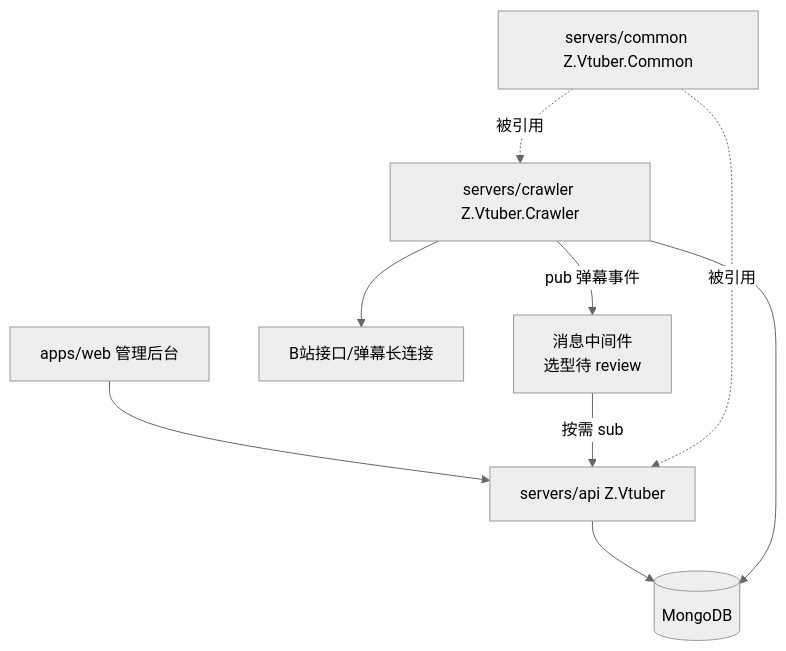
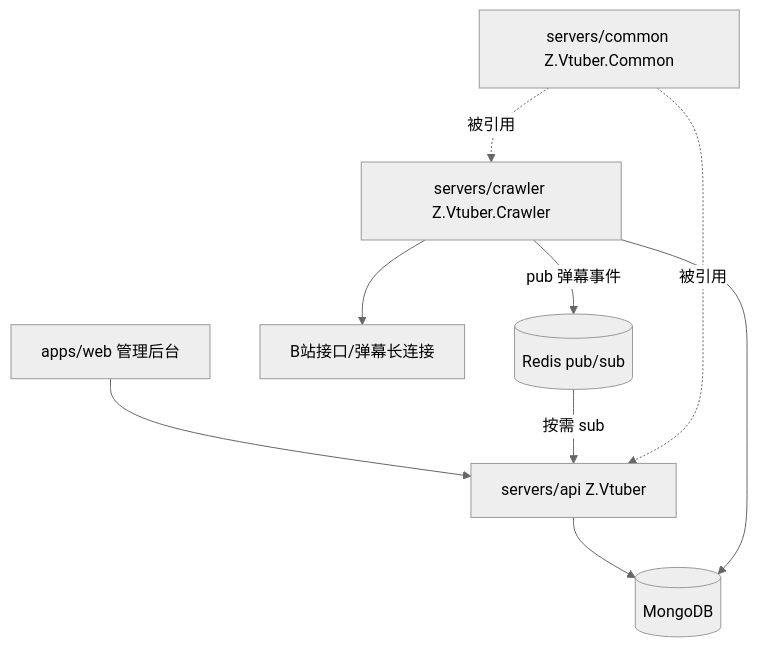
The first of 3 diagrams in docs/engineering/proposals/20260901-proposal-api-crawler-split.md (Deliay/z-vtuber), drawn with Mermaid (neutral theme) before and after one commit. The commit also changed other lines of this file, not shown here.

Commit message:
docs: confirm Redis as message broker per review

````diff
--- a/docs/engineering/proposals/20260901-proposal-api-crawler-split.md
+++ b/docs/engineering/proposals/20260901-proposal-api-crawler-split.md
@@ -51,11 +53,11 @@
 ```mermaid
 graph TD
     Web[apps/web 管理后台] --> API[servers/api Z.Vtuber]
     API --> M[(MongoDB)]
     Crawler[servers/crawler Z.Vtuber.Crawler] --> M
     Crawler --> BILI[B站接口/弹幕长连接]
-    Crawler -->|pub 弹幕事件| MQ[消息中间件<br>选型待 review]
-    MQ -->|按需 sub| API
+    Crawler -->|pub 弹幕事件| R[(Redis pub/sub)]
+    R -->|按需 sub| API
     Common[servers/common Z.Vtuber.Common] -.被引用.-> API
     Common -.被引用.-> Crawler
 ```
````
